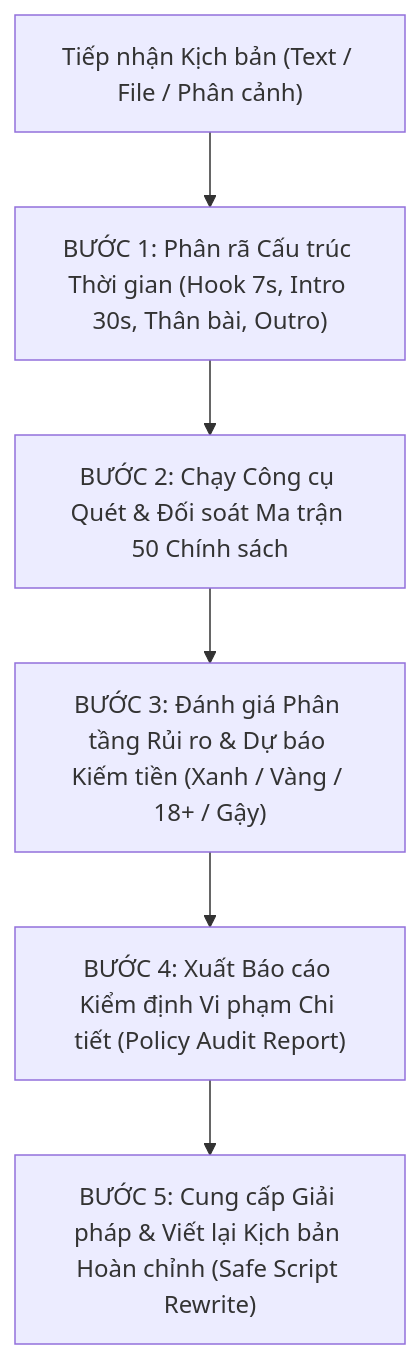
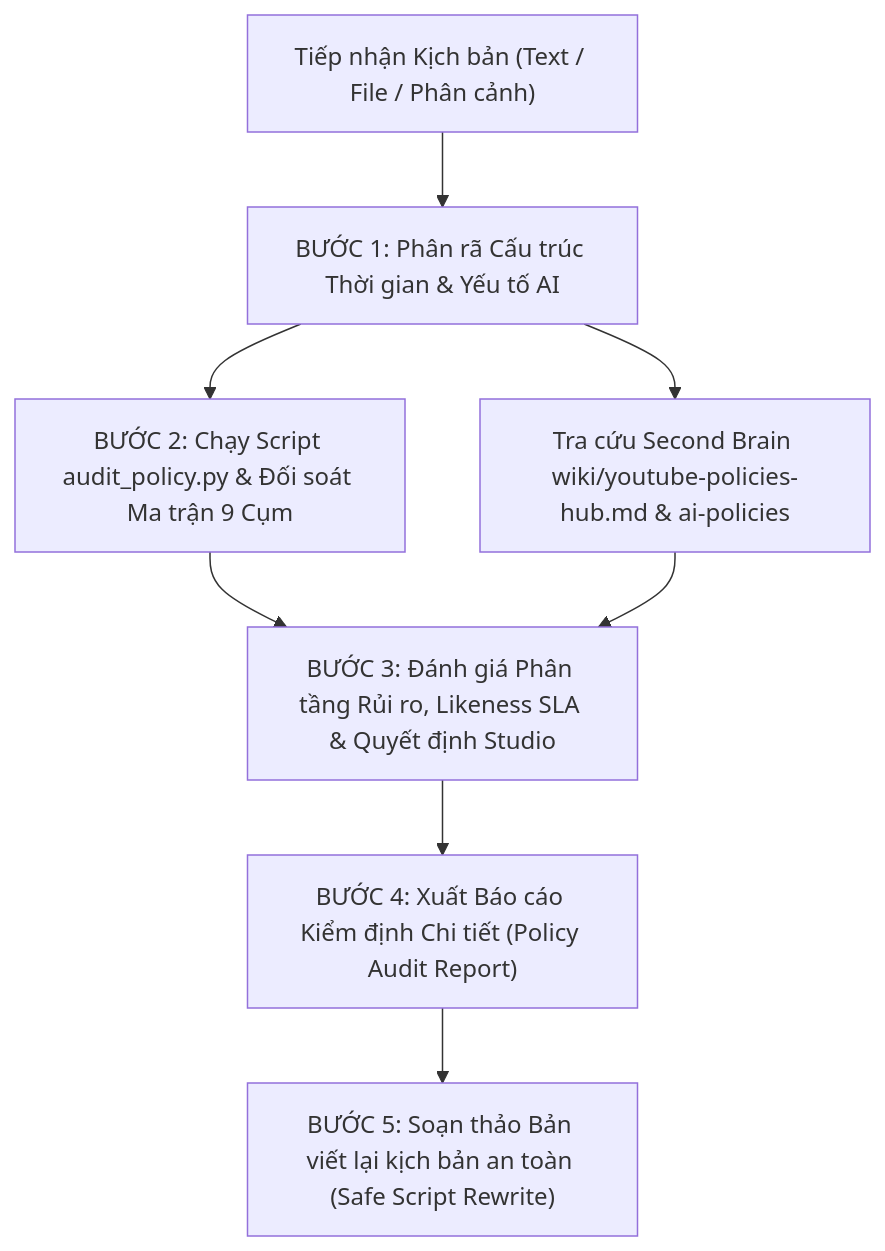
Before and after one commit to sumita-dev/Antigravity-Harness-HuB: the diagram in plugins/marketing/skills/check-youtube-policy/SKILL.md, drawn with Mermaid. The commit also changed other lines of this file and 3 other files, not shown here.

Commit message:
feat(marketing): upgrade check-youtube-policy with AI governance, likeness protection, and Second Brain integration

````diff
--- a/plugins/marketing/skills/check-youtube-policy/SKILL.md
+++ b/plugins/marketing/skills/check-youtube-policy/SKILL.md
@@ -39,8 +57,10 @@
 ```mermaid
 flowchart TD
-    A["Tiếp nhận Kịch bản (Text / File / Phân cảnh)"] --> B["BƯỚC 1: Phân rã Cấu trúc Thời gian (Hook 7s, Intro 30s, Thân bài, Outro)"]
-    B --> C["BƯỚC 2: Chạy Công cụ Quét & Đối soát Ma trận 50 Chính sách"]
-    C --> D["BƯỚC 3: Đánh giá Phân tầng Rủi ro & Dự báo Kiếm tiền (Xanh / Vàng / 18+ / Gậy)"]
-    D --> E["BƯỚC 4: Xuất Báo cáo Kiểm định Vi phạm Chi tiết (Policy Audit Report)"]
-    E --> F["BƯỚC 5: Cung cấp Giải pháp & Viết lại Kịch bản Hoàn chỉnh (Safe Script Rewrite)"]
+    A["Tiếp nhận Kịch bản (Text / File / Phân cảnh)"] --> B["BƯỚC 1: Phân rã Cấu trúc Thời gian & Yếu tố AI"]
+    B --> C["BƯỚC 2: Chạy Script audit_policy.py & Đối soát Ma trận 9 Cụm"]
+    B --> C2["Tra cứu Second Brain wiki/youtube-policies-hub.md & ai-policies"]
+    C --> D["BƯỚC 3: Đánh giá Phân tầng Rủi ro, Likeness SLA & Quyết định Studio"]
+    C2 --> D
+    D --> E["BƯỚC 4: Xuất Báo cáo Kiểm định Chi tiết (Policy Audit Report)"]
+    E --> F["BƯỚC 5: Soạn thảo Bản viết lại kịch bản an toàn (Safe Script Rewrite)"]
 ```
````
